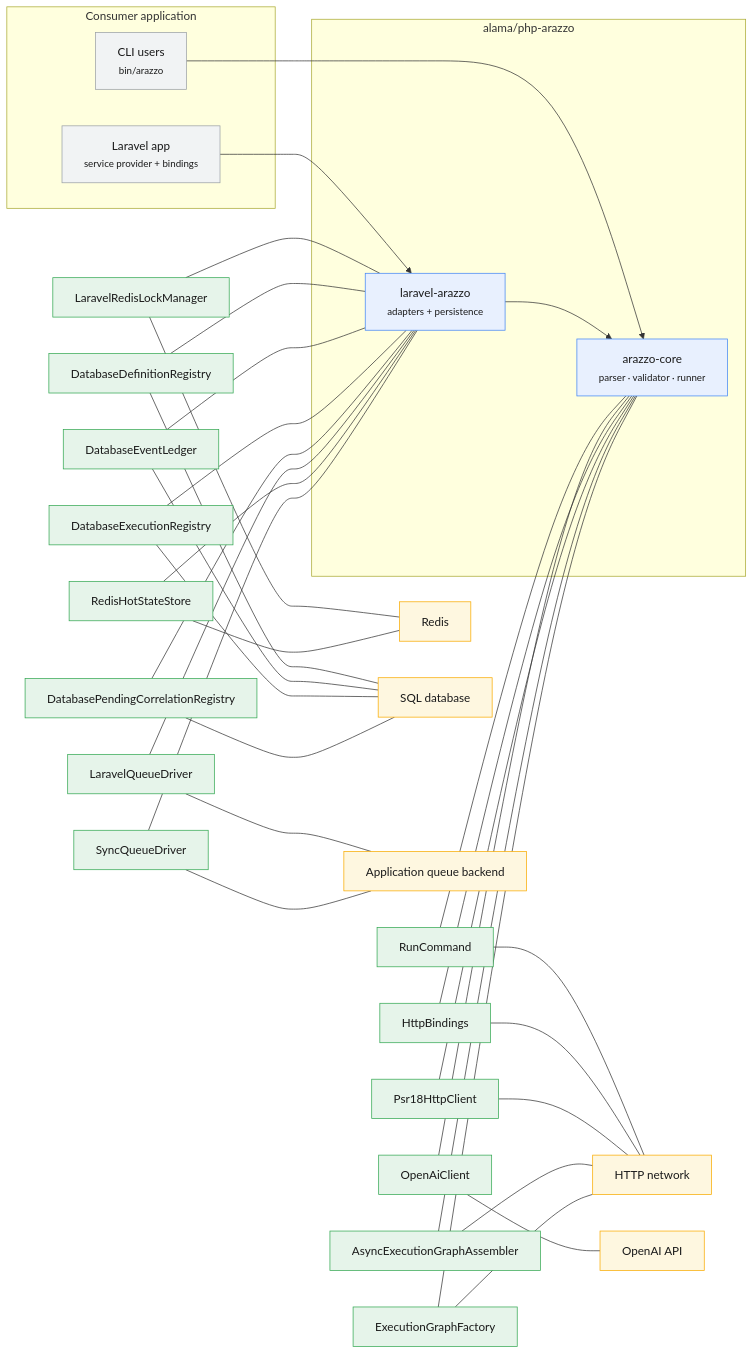
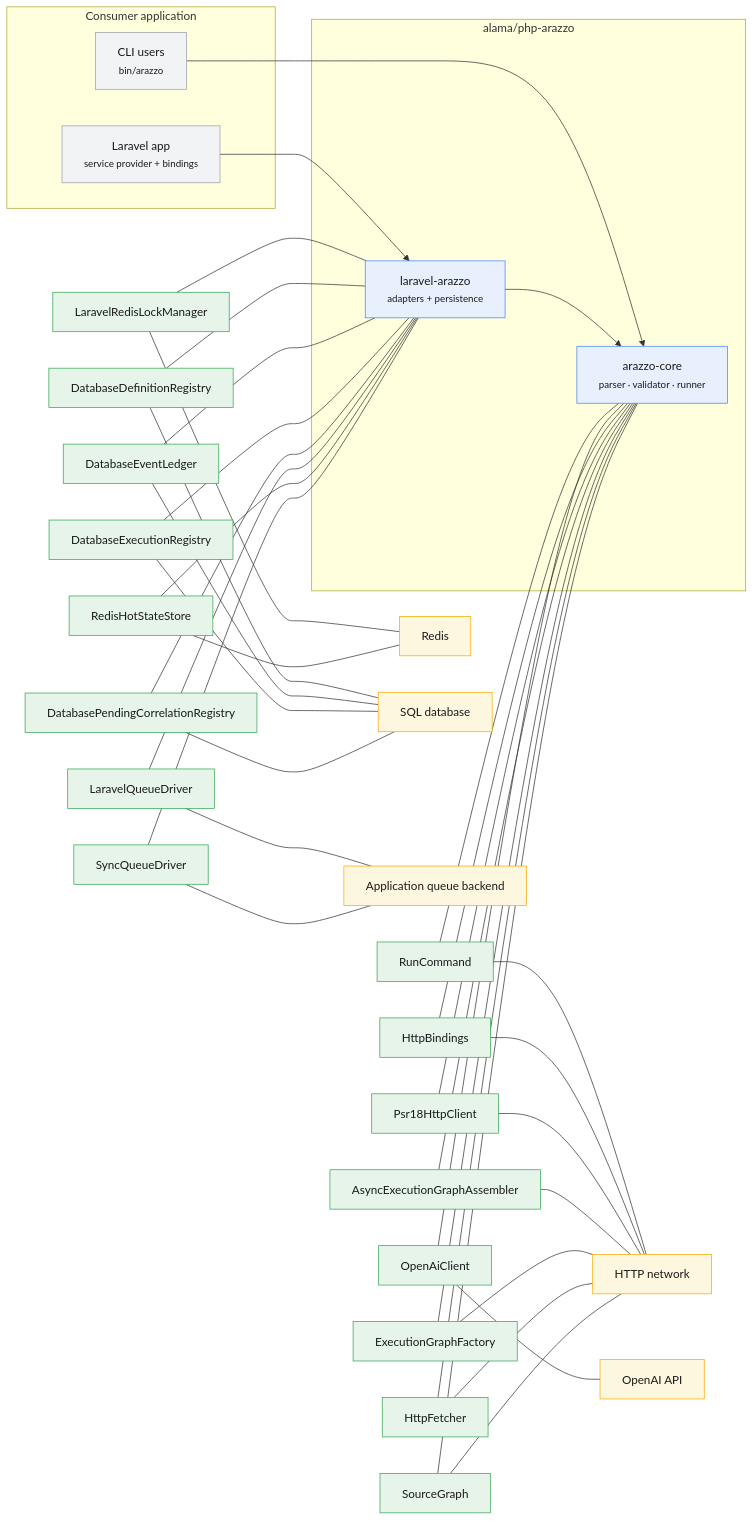
One commit to Mohammed-Alama/php-arazzo changed the diagram in docs/generated/integration-context.md. Above: the diagram before and after it, drawn with Mermaid. The commit also changed 24 other files, not shown here.

````diff
--- a/docs/generated/integration-context.md
+++ b/docs/generated/integration-context.md
@@ -12,65 +12,71 @@
 ```mermaid
 flowchart LR
     subgraph Host["Consumer application"]
         LARAVEL["Laravel app<br/><small>service provider + bindings</small>"]:::host
         CLI["CLI users<br/><small>bin/arazzo</small>"]:::host
     end
     subgraph Package["alama/php-arazzo"]
         CORE["arazzo-core<br/><small>parser · validator · runner</small>"]:::package
         BRIDGE["laravel-arazzo<br/><small>adapters + persistence</small>"]:::package
         CLI --> CORE
         LARAVEL --> BRIDGE
         BRIDGE --> CORE
     end
         A_Alama_Arazzo_Laravel_Lock_LaravelRedisLockManager["LaravelRedisLockManager"]:::adapter
         A_Alama_Arazzo_Laravel_Lock_LaravelRedisLockManager --- BRIDGE
         A_Alama_Arazzo_Laravel_Lock_LaravelRedisLockManager --- redis
         A_Alama_Arazzo_Laravel_Persistence_DatabaseDefinitionRegistry["DatabaseDefinitionRegistry"]:::adapter
         A_Alama_Arazzo_Laravel_Persistence_DatabaseDefinitionRegistry --- BRIDGE
         A_Alama_Arazzo_Laravel_Persistence_DatabaseDefinitionRegistry --- sql
         A_Alama_Arazzo_Laravel_Persistence_DatabaseEventLedger["DatabaseEventLedger"]:::adapter
         A_Alama_Arazzo_Laravel_Persistence_DatabaseEventLedger --- BRIDGE
         A_Alama_Arazzo_Laravel_Persistence_DatabaseEventLedger --- sql
         A_Alama_Arazzo_Laravel_Persistence_DatabaseExecutionRegistry["DatabaseExecutionRegistry"]:::adapter
         A_Alama_Arazzo_Laravel_Persistence_DatabaseExecutionRegistry --- BRIDGE
         A_Alama_Arazzo_Laravel_Persistence_DatabaseExecutionRegistry --- sql
         A_Alama_Arazzo_Laravel_Persistence_DatabasePendingCorrelationRegistry["DatabasePendingCorrelationRegistry"]:::adapter
         A_Alama_Arazzo_Laravel_Persistence_DatabasePendingCorrelationRegistry --- BRIDGE
         A_Alama_Arazzo_Laravel_Persistence_DatabasePendingCorrelationRegistry --- sql
         A_Alama_Arazzo_Laravel_Queue_LaravelQueueDriver["LaravelQueueDriver"]:::adapter
         A_Alama_Arazzo_Laravel_Queue_LaravelQueueDriver --- BRIDGE
         A_Alama_Arazzo_Laravel_Queue_LaravelQueueDriver --- queue
         A_Alama_Arazzo_Laravel_State_RedisHotStateStore["RedisHotStateStore"]:::adapter
         A_Alama_Arazzo_Laravel_State_RedisHotStateStore --- BRIDGE
         A_Alama_Arazzo_Laravel_State_RedisHotStateStore --- redis
         A_Alama_Arazzo_Runner_Execution_SyncQueueDriver["SyncQueueDriver"]:::adapter
         A_Alama_Arazzo_Runner_Execution_SyncQueueDriver --- BRIDGE
         A_Alama_Arazzo_Runner_Execution_SyncQueueDriver --- queue
         A_Alama_Arazzo_Cli_Console_Command_RunCommand["RunCommand"]:::adapter
         A_Alama_Arazzo_Cli_Console_Command_RunCommand --- CORE
         A_Alama_Arazzo_Cli_Console_Command_RunCommand --- net
         A_Alama_Arazzo_Cli_Generator_Clients_OpenAiClient["OpenAiClient"]:::adapter
         A_Alama_Arazzo_Cli_Generator_Clients_OpenAiClient --- CORE
         A_Alama_Arazzo_Cli_Generator_Clients_OpenAiClient --- openai
         A_Alama_Arazzo_Laravel_Bindings_HttpBindings["HttpBindings"]:::adapter
         A_Alama_Arazzo_Laravel_Bindings_HttpBindings --- CORE
         A_Alama_Arazzo_Laravel_Bindings_HttpBindings --- net
         A_Alama_Arazzo_Laravel_Http_Psr18HttpClient["Psr18HttpClient"]:::adapter
         A_Alama_Arazzo_Laravel_Http_Psr18HttpClient --- CORE
         A_Alama_Arazzo_Laravel_Http_Psr18HttpClient --- net
         A_Alama_Arazzo_Runner_Execution_AsyncExecutionGraphAssembler["AsyncExecutionGraphAssembler"]:::adapter
         A_Alama_Arazzo_Runner_Execution_AsyncExecutionGraphAssembler --- CORE
         A_Alama_Arazzo_Runner_Execution_AsyncExecutionGraphAssembler --- net
         A_Alama_Arazzo_Runner_Execution_ExecutionGraphFactory["ExecutionGraphFactory"]:::adapter
         A_Alama_Arazzo_Runner_Execution_ExecutionGraphFactory --- CORE
         A_Alama_Arazzo_Runner_Execution_ExecutionGraphFactory --- net
+        A_Alama_Arazzo_Sources_Resolver_Fetchers_HttpFetcher["HttpFetcher"]:::adapter
+        A_Alama_Arazzo_Sources_Resolver_Fetchers_HttpFetcher --- CORE
+        A_Alama_Arazzo_Sources_Resolver_Fetchers_HttpFetcher --- net
+        A_Alama_Arazzo_Sources_SourceGraph["SourceGraph"]:::adapter
+        A_Alama_Arazzo_Sources_SourceGraph --- CORE
+        A_Alama_Arazzo_Sources_SourceGraph --- net
     net["HTTP network"]:::system
     openai["OpenAI API"]:::system
     queue["Application queue backend"]:::system
     redis["Redis"]:::system
     sql["SQL database"]:::system
     classDef host fill:#f1f3f4,stroke:#9aa0a6,color:#1a1a1a;
     classDef package fill:#e8f0fe,stroke:#4285f4,color:#1a1a1a;
     classDef adapter fill:#e6f4ea,stroke:#34a853,color:#1a1a1a;
     classDef system fill:#fef7e0,stroke:#f9ab00,color:#1a1a1a;
 ```
````
